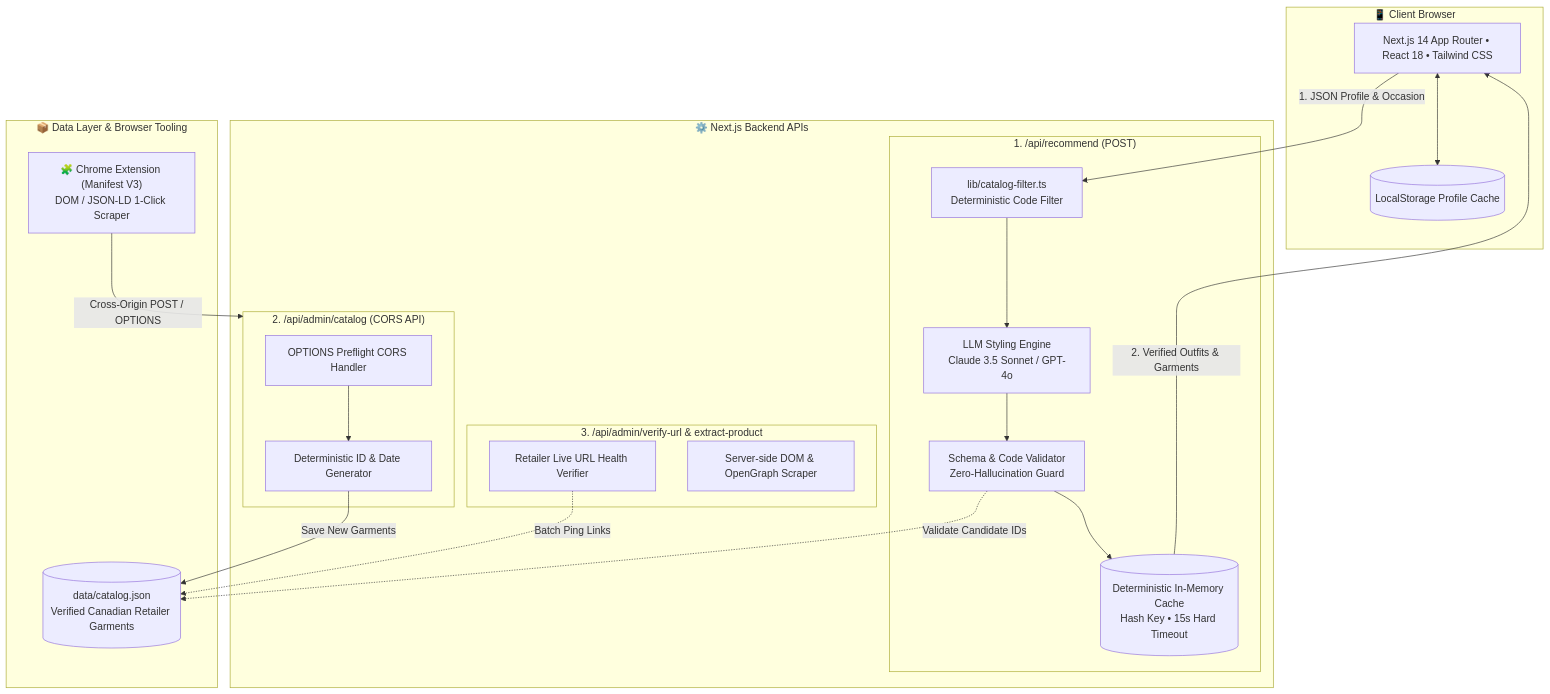
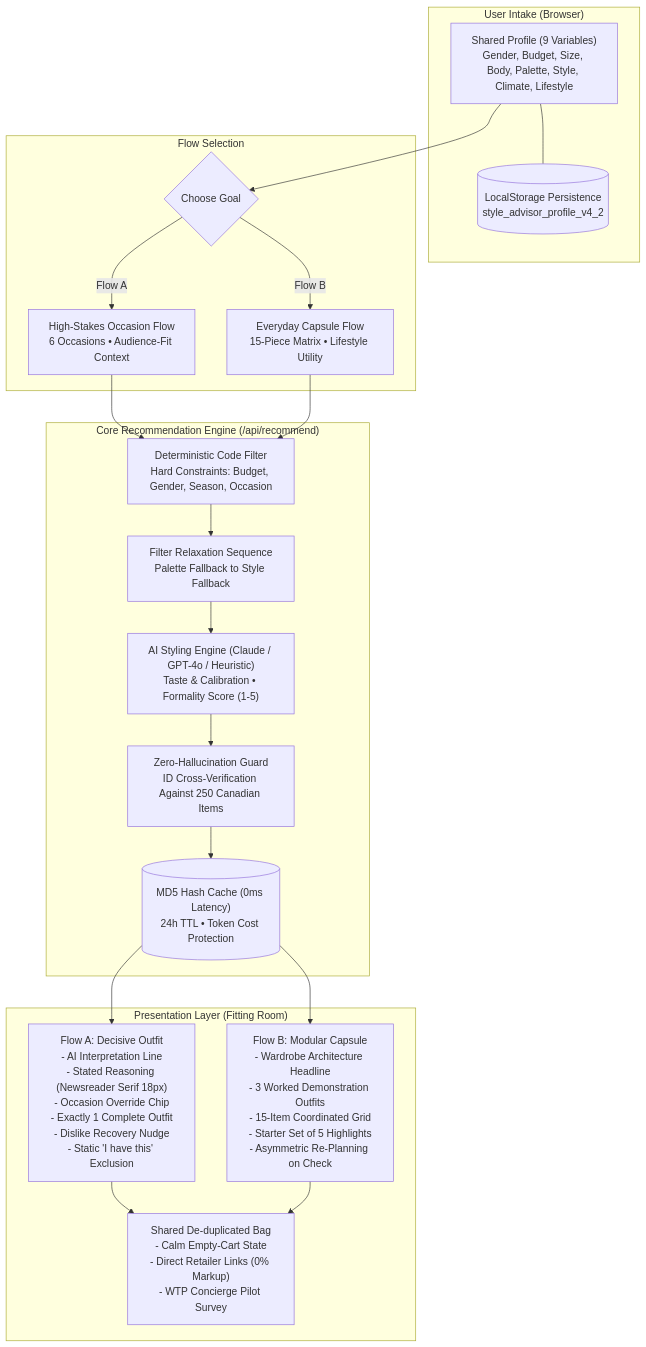
One commit to tuan-lt/StyleAdvisor changed the diagram in PRD.md. Above: the diagram before and after it, drawn with Mermaid. The commit also changed other lines of this file and 22 other files, not shown here.

Commit message:
feat: implement PRD v4.2 specifications, 250-item catalog, and dual domain support (localhost & StyleAdvisor.online)

````diff
--- a/PRD.md
+++ b/PRD.md
@@ -79,42 +97,34 @@
 ```mermaid
-flowchart TD
-    subgraph Client["📱 Client Browser"]
-        UI["Next.js 14 App Router • React 18 • Tailwind CSS"]
-        Storage[("LocalStorage Profile Cache")]
-        UI <--> Storage
+graph TD
+    subgraph Client["User Intake (Browser)"]
+        P["Shared Profile (9 Variables)<br/>Gender, Budget, Size, Body, Palette, Style, Climate, Lifestyle"]
+        Storage[("LocalStorage Persistence<br/>style_advisor_profile_v4_2")]
+        P --- Storage
     end
 
-    subgraph Backend["⚙️ Next.js Backend APIs"]
-        subgraph RecommendEngine["1. /api/recommend (POST)"]
-            Filter["lib/catalog-filter.ts<br/>Deterministic Code Filter"]
-            LLM["LLM Styling Engine<br/>Claude 3.5 Sonnet / GPT-4o"]
-            Validator["Schema & Code Validator<br/>Zero-Hallucination Guard"]
-            Cache[("Deterministic In-Memory Cache<br/>Hash Key • 15s Hard Timeout")]
-            
-            Filter --> LLM --> Validator --> Cache
-        end
-
-        subgraph AdminCatalog["2. /api/admin/catalog (CORS API)"]
-            CORS["OPTIONS Preflight CORS Handler"]
-            IDGen["Deterministic ID & Date Generator"]
-            CORS --> IDGen
-        end
-
-        subgraph AdminTools["3. /api/admin/verify-url & extract-product"]
-            HealthPing["Retailer Live URL Health Verifier"]
-            DOMScrape["Server-side DOM & OpenGraph Scraper"]
-        end
+    subgraph FlowChoice["Flow Selection"]
+        Choice{"Choose Goal"}
+        P --> Choice
+        Choice -->|Flow A| FlowA["High-Stakes Occasion Flow<br/>6 Occasions • Audience-Fit Context"]
+        Choice -->|Flow B| FlowB["Everyday Capsule Flow<br/>15-Piece Matrix • Lifestyle Utility"]
     end
 
-    subgraph StorageLayer["📦 Data Layer & Browser Tooling"]
-        MasterCatalog[("data/catalog.json<br/>Verified Canadian Retailer Garments")]
-        ChromeExt["🧩 Chrome Extension (Manifest V3)<br/>DOM / JSON-LD 1-Click Scraper"]
+    subgraph Engine["Core Recommendation Engine (/api/recommend)"]
+        Filter["Deterministic Code Filter<br/>Hard Constraints: Budget, Gender, Season, Occasion"]
+        Relaxation["Filter Relaxation Sequence<br/>Palette Fallback to Style Fallback"]
+        LLM["AI Styling Engine (Claude / GPT-4o / Heuristic)<br/>Taste & Calibration • Formality Score (1-5)"]
+        Validator["Zero-Hallucination Guard<br/>ID Cross-Verification Against 250 Canadian Items"]
+        Cache[("MD5 Hash Cache (0ms Latency)<br/>24h TTL • Token Cost Protection")]
+
+        FlowA --> Filter
+        FlowB --> Filter
+        Filter --> Relaxation --> LLM --> Validator --> Cache
     end
 
-    UI -->|"1. JSON Profile & Occasion"| Filter
-    Cache -->|"2. Verified Outfits & Garments"| UI
-    ChromeExt -->|"Cross-Origin POST / OPTIONS"| AdminCatalog
-    IDGen -->|"Save New Garments"| MasterCatalog
-    Validator -.->|"Validate Candidate IDs"| MasterCatalog
-    HealthPing -.->|"Batch Ping Links"| MasterCatalog
+    subgraph Output["Presentation Layer (Fitting Room)"]
+        Cache --> OutA["Flow A: Decisive Outfit<br/>- AI Interpretation Line<br/>- Stated Reasoning (Newsreader Serif 18px)<br/>- Occasion Override Chip<br/>- Exactly 1 Complete Outfit<br/>- Dislike Recovery Nudge<br/>- Static 'I have this' Exclusion"]
+        Cache --> OutB["Flow B: Modular Capsule<br/>- Wardrobe Architecture Headline<br/>- 3 Worked Demonstration Outfits<br/>- 15-Item Coordinated Grid<br/>- Starter Set of 5 Highlights<br/>- Asymmetric Re-Planning on Check"]
+        OutA --> Cart["Shared De-duplicated Bag<br/>- Calm Empty-Cart State<br/>- Direct Retailer Links (0% Markup)<br/>- WTP Concierge Pilot Survey"]
+        OutB --> Cart
+    end
 ```
````
